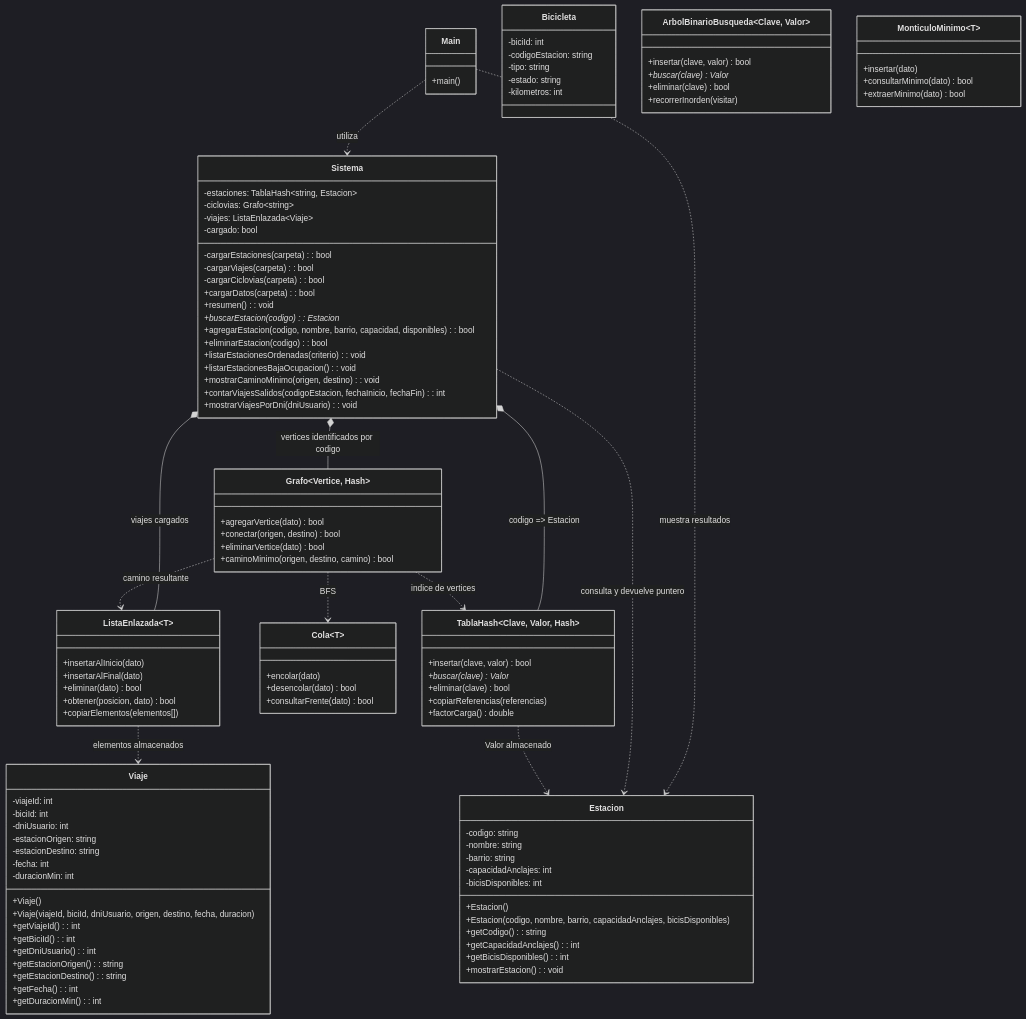
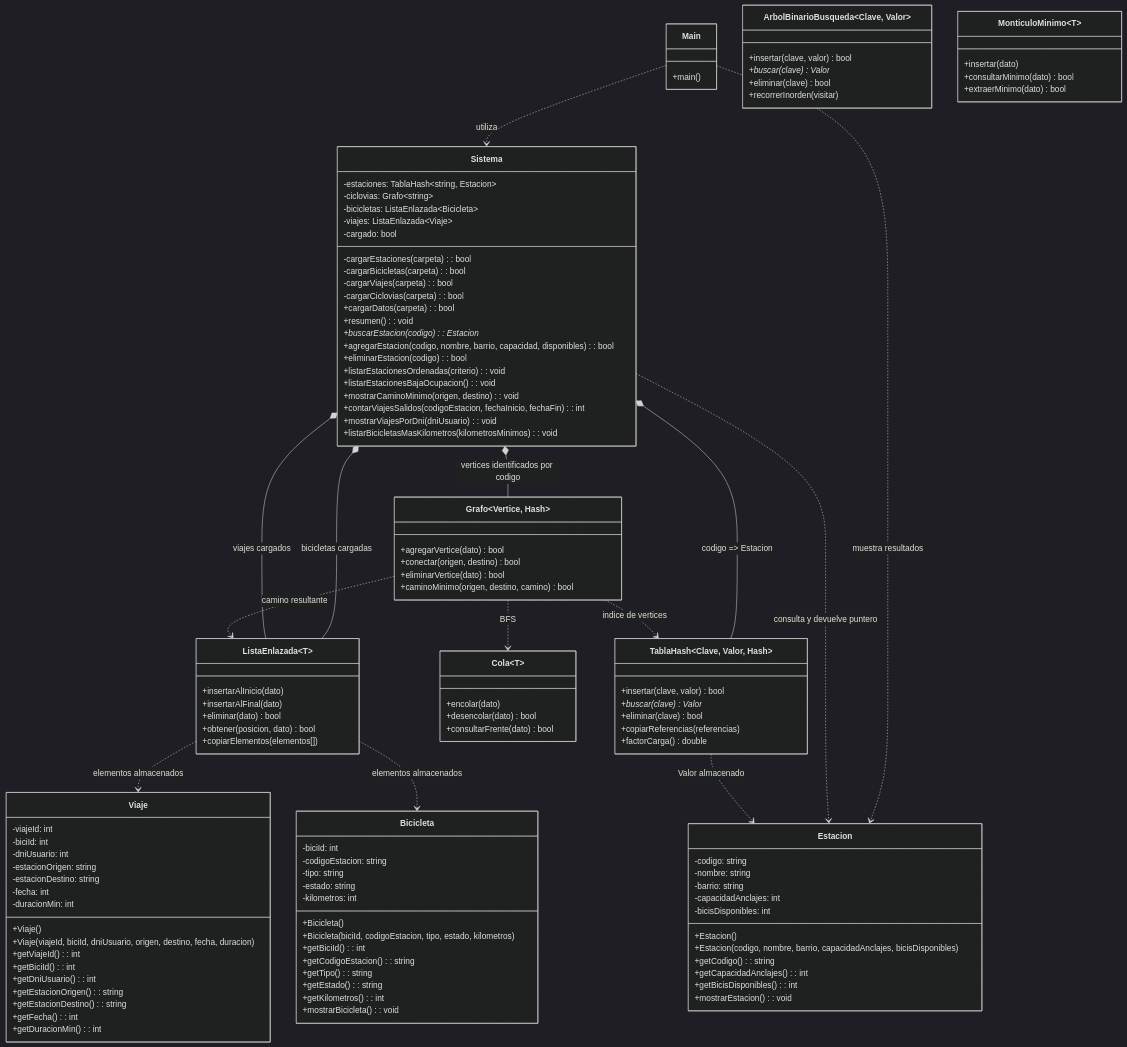
One commit to cberto/algoritmos changed the diagram in TP - Integrador/UML_ACTUAL.md. Above: the diagram before and after it, drawn with Mermaid (dark theme). The commit also changed other lines of this file and 7 other files, not shown here.

```diff
--- a/TP - Integrador/UML_ACTUAL.md
+++ b/TP - Integrador/UML_ACTUAL.md
@@ -10,10 +10,12 @@
 
     class Sistema {
         -cargarEstaciones(carpeta): bool
+        -cargarBicicletas(carpeta): bool
         -cargarViajes(carpeta): bool
         -cargarCiclovias(carpeta): bool
         -estaciones: TablaHash~string, Estacion~
         -ciclovias: Grafo~string~
+        -bicicletas: ListaEnlazada~Bicicleta~
         -viajes: ListaEnlazada~Viaje~
         -cargado: bool
         +cargarDatos(carpeta): bool
@@ -26,6 +28,7 @@
         +mostrarCaminoMinimo(origen, destino): void
         +contarViajesSalidos(codigoEstacion, fechaInicio, fechaFin): int
         +mostrarViajesPorDni(dniUsuario): void
+        +listarBicicletasMasKilometros(kilometrosMinimos): void
     }
 
     class Estacion {
@@ -48,6 +51,14 @@
         -tipo: string
         -estado: string
         -kilometros: int
+        +Bicicleta()
+        +Bicicleta(biciId, codigoEstacion, tipo, estado, kilometros)
+        +getBiciId(): int
+        +getCodigoEstacion(): string
+        +getTipo(): string
+        +getEstado(): string
+        +getKilometros(): int
+        +mostrarBicicleta(): void
     }
 
     class Viaje {
@@ -115,10 +126,12 @@
     Main ..> Estacion : muestra resultados
     Sistema *-- TablaHash~string, Estacion~ : codigo => Estacion
     Sistema *-- Grafo~string~ : vertices identificados por codigo
+    Sistema *-- ListaEnlazada~Bicicleta~ : bicicletas cargadas
     Sistema *-- ListaEnlazada~Viaje~ : viajes cargados
     Sistema ..> Estacion : consulta y devuelve puntero
     TablaHash ..> Estacion : Valor almacenado
     ListaEnlazada ..> Viaje : elementos almacenados
+    ListaEnlazada ..> Bicicleta : elementos almacenados
     Grafo ..> Cola : BFS
     Grafo ..> TablaHash : indice de vertices
     Grafo ..> ListaEnlazada : camino resultante
```
